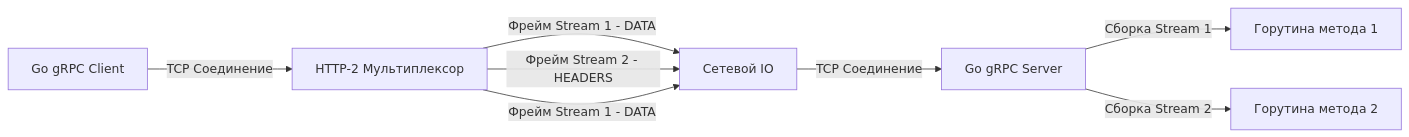
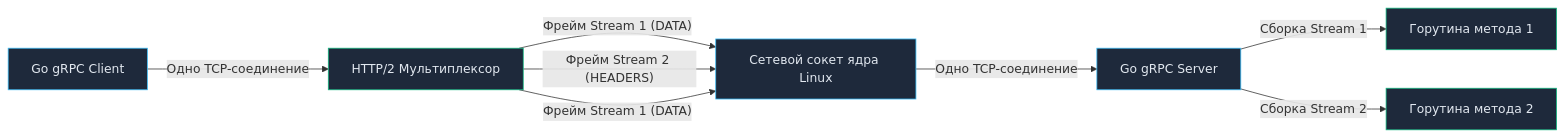
The first of 2 diagrams in sources/10. Проектирование API и Сетевые протоколы/16. gRPC. Основы.md (UnrealTemplier/go-textbook), drawn with Mermaid before and after one commit. The commit also changed other lines of this file, not shown here.

````diff
--- a/sources/10. Проектирование API и Сетевые протоколы/16. gRPC. Основы.md
+++ b/sources/10. Проектирование API и Сетевые протоколы/16. gRPC. Основы.md
@@ -19,12 +29,18 @@
 ```mermaid
 flowchart LR
-    Client["Go gRPC Client"]-->|"TCP Соединение"|HTTP2["HTTP-2 Мультиплексор"]
+    Client["Go gRPC Client"] -->|"Одно TCP-соединение"| HTTP2["HTTP/2 Мультиплексор"]
     
-    HTTP2-->|"Фрейм Stream 1 - DATA"|Net["Сетевой IO"]
-    HTTP2-->|"Фрейм Stream 2 - HEADERS"|Net
-    HTTP2-->|"Фрейм Stream 1 - DATA"|Net
+    HTTP2 -->|"Фрейм Stream 1 (DATA)"| Net["Сетевой сокет ядра Linux"]
+    HTTP2 -->|"Фрейм Stream 2 (HEADERS)"| Net
+    HTTP2 -->|"Фрейм Stream 1 (DATA)"| Net
     
-    Net-->|"TCP Соединение"|Server["Go gRPC Server"]
-    Server-->|"Сборка Stream 1"|Handler1["Горутина метода 1"]
-    Server-->|"Сборка Stream 2"|Handler2["Горутина метода 2"]
+    Net -->|"Одно TCP-соединение"| Server["Go gRPC Server"]
+    Server -->|"Сборка Stream 1"| Handler1["Горутина метода 1"]
+    Server -->|"Сборка Stream 2"| Handler2["Горутина метода 2"]
+
+    classDef proc fill:#1e293b,stroke:#38bdf8,stroke-width:1px,color:#e2e8f0;
+    classDef fast fill:#1e293b,stroke:#10b981,stroke-width:1px,color:#e2e8f0;
+    class Client,Server proc;
+    class HTTP2,Handler1,Handler2 fast;
+    class Net proc;
 ```
````
